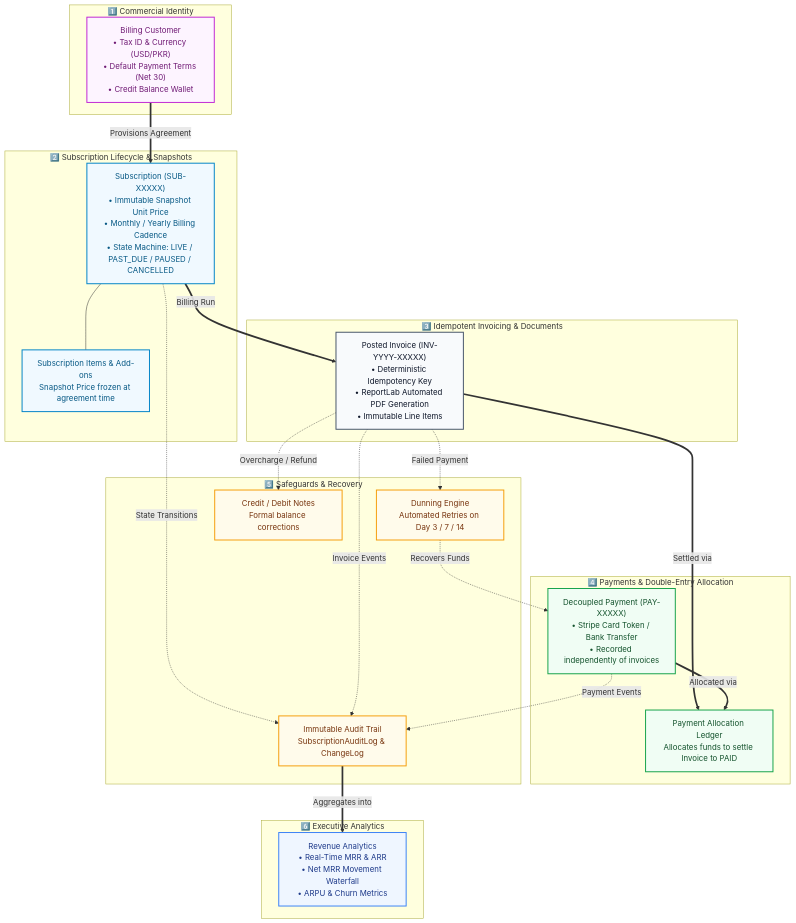
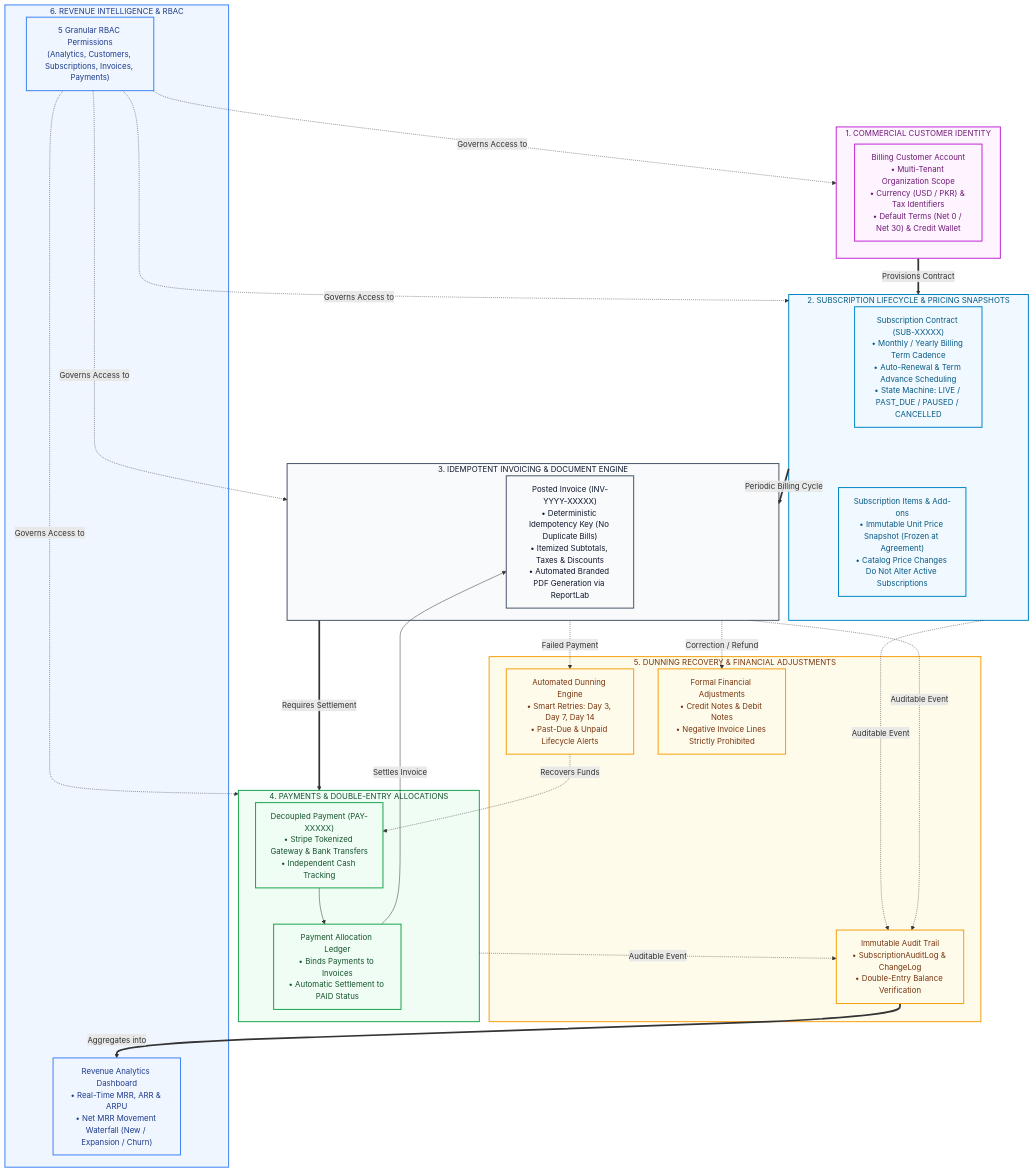
Before and after one commit to zaid-mian/crm: the third of 3 diagrams in README.md, drawn with Mermaid. The commit also changed other lines of this file, not shown here.

Commit message:
fix(docs): fix Mermaid diagram syntax and polish architecture styling for GitHub

````diff
--- a/README.md
+++ b/README.md
@@ -217,57 +181,63 @@
 ```mermaid
 flowchart TD
-    subgraph CommercialCustomer ["1️⃣ Commercial Identity"]
-        BC["Billing Customer<br/>• Tax ID & Currency (USD/PKR)<br/>• Default Payment Terms (Net 30)<br/>• Credit Balance Wallet"]
+    subgraph CustomerLayer ["1. COMMERCIAL CUSTOMER IDENTITY"]
+        BCUST["Billing Customer Account<br/>• Multi-Tenant Organization Scope<br/>• Currency (USD / PKR) & Tax Identifiers<br/>• Default Terms (Net 0 / Net 30) & Credit Wallet"]
     end
 
-    subgraph SubscriptionEngine ["2️⃣ Subscription Lifecycle & Snapshots"]
-        SUB["Subscription (SUB-XXXXX)<br/>• Immutable Snapshot Unit Price<br/>• Monthly / Yearly Billing Cadence<br/>• State Machine: LIVE / PAST_DUE / PAUSED / CANCELLED"]
-        ITEMS["Subscription Items & Add-ons<br/>Snapshot Price frozen at agreement time"]
+    subgraph SubscriptionLayer ["2. SUBSCRIPTION LIFECYCLE & PRICING SNAPSHOTS"]
+        SUB["Subscription Contract (SUB-XXXXX)<br/>• Monthly / Yearly Billing Term Cadence<br/>• Auto-Renewal & Term Advance Scheduling<br/>• State Machine: LIVE / PAST_DUE / PAUSED / CANCELLED"]
+        ITEMS["Subscription Items & Add-ons<br/>• Immutable Unit Price Snapshot (Frozen at Agreement)<br/>• Catalog Price Changes Do Not Alter Active Subscriptions"]
     end
 
-    subgraph InvoicingEngine ["3️⃣ Idempotent Invoicing & Documents"]
-        INV["Posted Invoice (INV-YYYY-XXXXX)<br/>• Deterministic Idempotency Key<br/>• ReportLab Automated PDF Generation<br/>• Immutable Line Items"]
+    subgraph InvoicingLayer ["3. IDEMPOTENT INVOICING & DOCUMENT ENGINE"]
+        INV["Posted Invoice (INV-YYYY-XXXXX)<br/>• Deterministic Idempotency Key (No Duplicate Bills)<br/>• Itemized Subtotals, Taxes & Discounts<br/>• Automated Branded PDF Generation via ReportLab"]
     end
 
-    subgraph CollectionsEngine ["4️⃣ Payments & Double-Entry Allocation"]
-        PAY["Decoupled Payment (PAY-XXXXX)<br/>• Stripe Card Token / Bank Transfer<br/>• Recorded independently of invoices"]
-        ALLOC["Payment Allocation Ledger<br/>Allocates funds to settle Invoice to PAID"]
+    subgraph SettlementLayer ["4. PAYMENTS & DOUBLE-ENTRY ALLOCATIONS"]
+        PAY["Decoupled Payment (PAY-XXXXX)<br/>• Stripe Tokenized Gateway & Bank Transfers<br/>• Independent Cash Tracking"]
+        ALLOC["Payment Allocation Ledger<br/>• Binds Payments to Invoices<br/>• Automatic Settlement to PAID Status"]
     end
 
-    subgraph SafeguardsEngine ["5️⃣ Safeguards & Recovery"]
-        DUN["Dunning Engine<br/>Automated Retries on Day 3 / 7 / 14"]
-        ADJ["Credit / Debit Notes<br/>Formal balance corrections"]
-        AUDIT["Immutable Audit Trail<br/>SubscriptionAuditLog & ChangeLog"]
+    subgraph RecoveryLayer ["5. DUNNING RECOVERY & FINANCIAL ADJUSTMENTS"]
+        DUN["Automated Dunning Engine<br/>• Smart Retries: Day 3, Day 7, Day 14<br/>• Past-Due & Unpaid Lifecycle Alerts"]
+        ADJ["Formal Financial Adjustments<br/>• Credit Notes & Debit Notes<br/>• Negative Invoice Lines Strictly Prohibited"]
+        AUDIT["Immutable Audit Trail<br/>• SubscriptionAuditLog & ChangeLog<br/>• Double-Entry Balance Verification"]
     end
 
-    subgraph IntelligenceEngine ["6️⃣ Executive Analytics"]
-        ANALYTICS["Revenue Analytics<br/>• Real-Time MRR & ARR<br/>• Net MRR Movement Waterfall<br/>• ARPU & Churn Metrics"]
+    subgraph AnalyticsLayer ["6. REVENUE INTELLIGENCE & RBAC"]
+        MRR["Revenue Analytics Dashboard<br/>• Real-Time MRR, ARR & ARPU<br/>• Net MRR Movement Waterfall (New / Expansion / Churn)"]
+        RBAC["5 Granular RBAC Permissions<br/>(Analytics, Customers, Subscriptions, Invoices, Payments)"]
     end
 
-    BC ==>|Provisions Agreement| SUB
-    SUB --- ITEMS
-    SUB ==>|Billing Run| INV
-    INV ==>|Settled via| ALLOC
-    PAY ==>|Allocated via| ALLOC
-    INV -.->|Failed Payment| DUN
+    CustomerLayer ==>|Provisions Contract| SubscriptionLayer
+    SubscriptionLayer --- ITEMS
+    SubscriptionLayer ==>|Periodic Billing Cycle| InvoicingLayer
+    InvoicingLayer ==>|Requires Settlement| SettlementLayer
+    PAY --> ALLOC
+    ALLOC -->|Settles Invoice| INV
+    InvoicingLayer -.->|Failed Payment| DUN
     DUN -.->|Recovers Funds| PAY
-    INV -.->|Overcharge / Refund| ADJ
-    SUB -.->|State Transitions| AUDIT
-    INV -.->|Invoice Events| AUDIT
-    PAY -.->|Payment Events| AUDIT
-    AUDIT ==>|Aggregates into| ANALYTICS
+    InvoicingLayer -.->|Correction / Refund| ADJ
+    SubscriptionLayer -.->|Auditable Event| AUDIT
+    InvoicingLayer -.->|Auditable Event| AUDIT
+    SettlementLayer -.->|Auditable Event| AUDIT
+    AUDIT ==>|Aggregates into| MRR
+    RBAC -.->|Governs Access to| CustomerLayer
+    RBAC -.->|Governs Access to| SubscriptionLayer
+    RBAC -.->|Governs Access to| InvoicingLayer
+    RBAC -.->|Governs Access to| SettlementLayer
 
     classDef custStyle fill:#fdf4ff,stroke:#c026d3,stroke-width:2px,color:#701a75;
     classDef subStyle fill:#f0f9ff,stroke:#0284c7,stroke-width:2px,color:#075985;
     classDef invStyle fill:#f8fafc,stroke:#475569,stroke-width:2px,color:#0f172a;
     classDef payStyle fill:#f0fdf4,stroke:#16a34a,stroke-width:2px,color:#14532d;
-    classDef safeStyle fill:#fffbeb,stroke:#f59e0b,stroke-width:2px,color:#78350f;
-    classDef intStyle fill:#eff6ff,stroke:#3b82f6,stroke-width:2px,color:#1e3a8a;
+    classDef recStyle fill:#fffbeb,stroke:#f59e0b,stroke-width:2px,color:#78350f;
+    classDef revStyle fill:#eff6ff,stroke:#3b82f6,stroke-width:2px,color:#1e3a8a;
 
-    class BC custStyle;
-    class SUB,ITEMS subStyle;
-    class INV invStyle;
-    class PAY,ALLOC payStyle;
-    class DUN,ADJ,AUDIT safeStyle;
-    class ANALYTICS intStyle;
+    class CustomerLayer,BCUST custStyle;
+    class SubscriptionLayer,SUB,ITEMS subStyle;
+    class InvoicingLayer,INV invStyle;
+    class SettlementLayer,PAY,ALLOC payStyle;
+    class RecoveryLayer,DUN,ADJ,AUDIT recStyle;
+    class AnalyticsLayer,MRR,RBAC revStyle;
 ```
````
